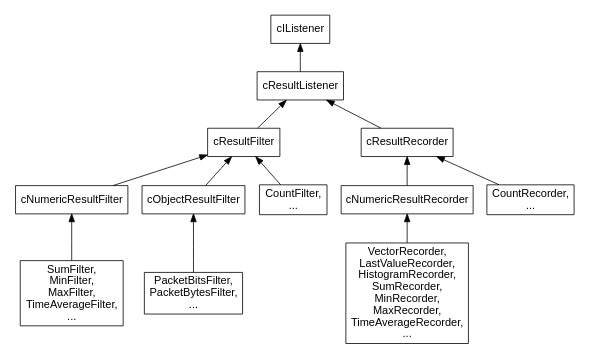
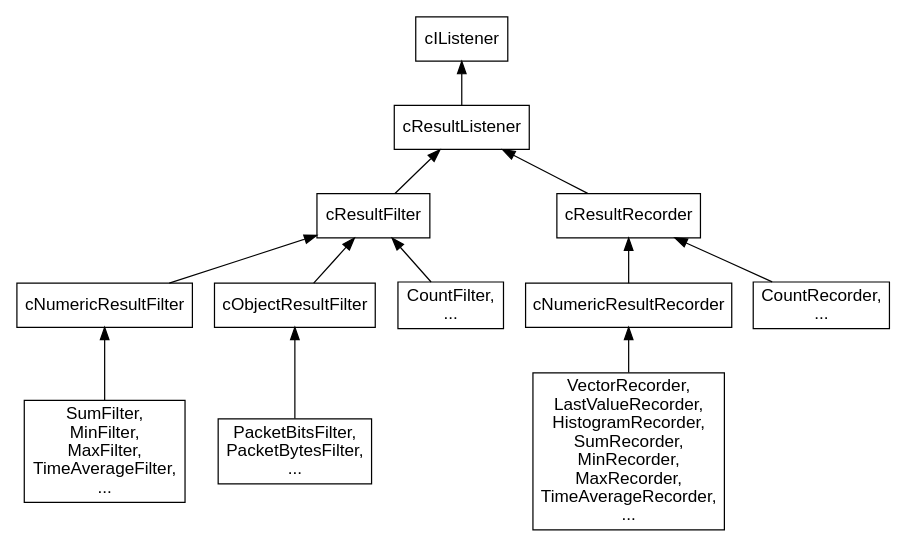
One commit to omnetpp/omnetpp changed the diagram in doc/src/manual/figures/resultlistener-inheritance.dot. Above: the diagram before and after it, drawn with Graphviz. The commit also changed 8 other files, not shown here.

First line of the commit message:
usman: Fine tuned graphviz figure sizes.

```diff
--- a/doc/src/manual/figures/resultlistener-inheritance.dot
+++ b/doc/src/manual/figures/resultlistener-inheritance.dot
@@ -1,21 +1,21 @@
 digraph g {
-        fontsize=12; size="5,5";
+        fontsize=12; size="7.8,0!";
         node [fontname="Arial"];
         edge [fontname="Arial"];
 
         node [shape = "rectangle"];
         edge [dir = "back"];
 
         cIListener -> cResultListener;
         cResultListener -> cResultFilter;
         cResultListener -> cResultRecorder;
         cResultFilter -> cNumericResultFilter;
         cResultFilter -> cObjectResultFilter;
         cResultRecorder -> cNumericResultRecorder;
 
         cResultFilter -> "CountFilter,\n...";
         cNumericResultFilter -> "SumFilter,\nMinFilter,\nMaxFilter,\nTimeAverageFilter,\n...";
         cObjectResultFilter -> "PacketBitsFilter,\nPacketBytesFilter,\n...";
         cResultRecorder -> "CountRecorder,\n...";
         cNumericResultRecorder -> "VectorRecorder,\nLastValueRecorder,\nHistogramRecorder,\nSumRecorder,\nMinRecorder,\nMaxRecorder,\nTimeAverageRecorder,\n...";
 }
```
